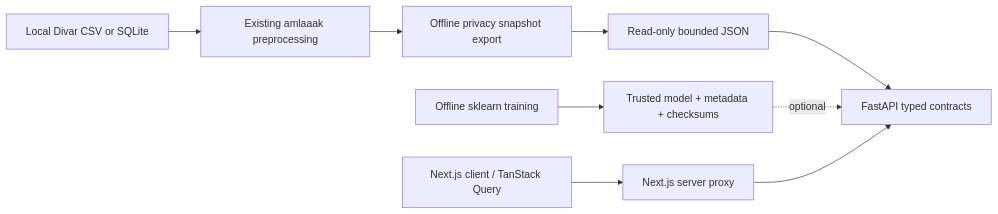
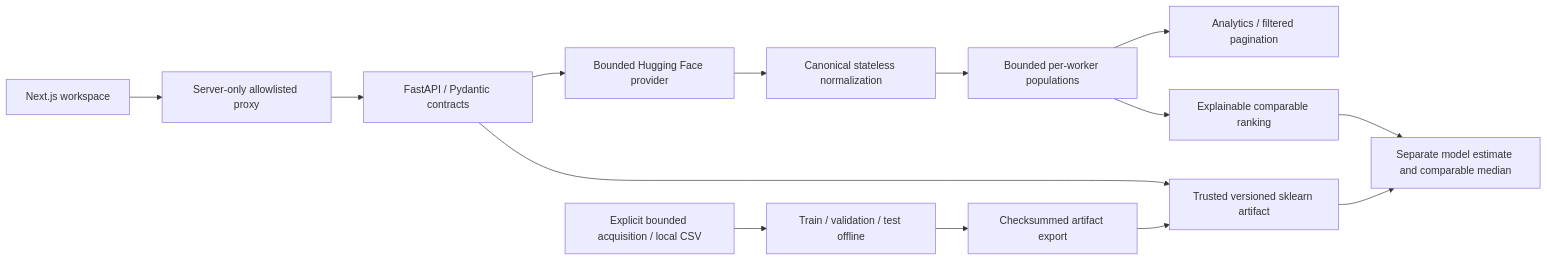
One commit to dansonofbass/AMLAAAK changed the diagram in docs/ARCHITECTURE.md. Above: the diagram before and after it, drawn with Mermaid. The commit also changed other lines of this file and 9 other files, not shown here.

````diff
--- a/docs/ARCHITECTURE.md
+++ b/docs/ARCHITECTURE.md
@@ -7,11 +5,16 @@
 ```mermaid
 flowchart LR
-  CSV[Local Divar CSV or SQLite] --> Prepare[Existing amlaaak preprocessing]
-  Prepare --> Export[Offline privacy snapshot export]
-  Export --> Snapshot[Read-only bounded JSON]
-  Snapshot --> API[FastAPI typed contracts]
-  Train[Offline sklearn training] --> Bundle[Trusted model + metadata + checksums]
-  Bundle -. optional .-> API
-  Web[Next.js client / TanStack Query] --> Proxy[Next.js server proxy]
-  Proxy --> API
+  Browser[Next.js workspace] --> Proxy[Server-only allowlisted proxy]
+  Proxy --> API[FastAPI / Pydantic contracts]
+  API --> HF[Bounded Hugging Face provider]
+  HF --> Normalize[Canonical stateless normalization]
+  Normalize --> Cache[Bounded per-worker populations]
+  Cache --> Stats[Analytics / filtered pagination]
+  Cache --> Rank[Explainable comparable ranking]
+  API --> Model[Trusted versioned sklearn artifact]
+  Rank --> Valuation[Separate model estimate and comparable median]
+  Model --> Valuation
+  Offline[Explicit bounded acquisition / local CSV] --> Training[Train / validation / test offline]
+  Training --> Export[Checksummed artifact export]
+  Export --> Model
 ```
````
